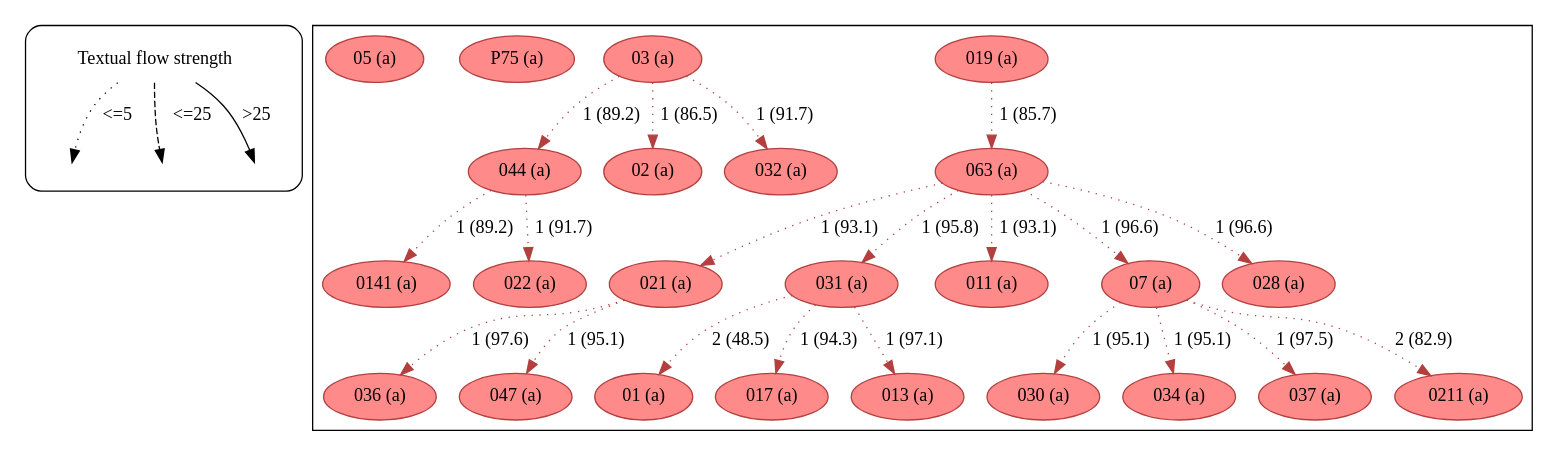
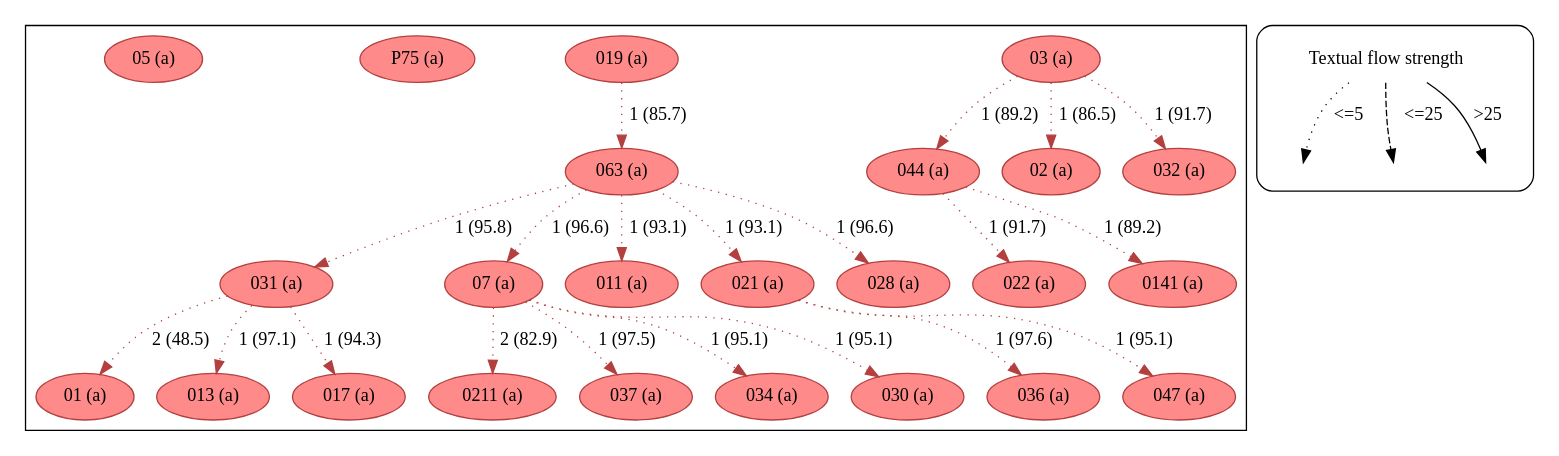
One commit to edmondac/CBGM changed the diagram in example/c2/textual_flow_22_10_c2_a.dot. Above: the diagram before and after it, drawn with Graphviz. The commit also changed other lines of this file and 800 other files, not shown here.

```diff
--- a/example/c2/textual_flow_22_10_c2_a.dot
+++ b/example/c2/textual_flow_22_10_c2_a.dot
@@ -1,184 +1,184 @@
 strict digraph  {
 	node [label="\N"];
+	subgraph cluster_reading {
+		031		 [color="#b43f3f",
+			fillcolor="#FF8A8A",
+			label="031 (a)",
+			style=filled];
+		01		 [color="#b43f3f",
+			fillcolor="#FF8A8A",
+			label="01 (a)",
+			style=filled];
+		031 -> 01		 [color="#b43f3f",
+			label="2 (48.5)",
+			style=dotted];
+		013		 [color="#b43f3f",
+			fillcolor="#FF8A8A",
+			label="013 (a)",
+			style=filled];
+		031 -> 013		 [color="#b43f3f",
+			label="1 (97.1)",
+			style=dotted];
+		017		 [color="#b43f3f",
+			fillcolor="#FF8A8A",
+			label="017 (a)",
+			style=filled];
+		031 -> 017		 [color="#b43f3f",
+			label="1 (94.3)",
+			style=dotted];
+		044		 [color="#b43f3f",
+			fillcolor="#FF8A8A",
+			label="044 (a)",
+			style=filled];
+		022		 [color="#b43f3f",
+			fillcolor="#FF8A8A",
+			label="022 (a)",
+			style=filled];
+		044 -> 022		 [color="#b43f3f",
+			label="1 (91.7)",
+			style=dotted];
+		0141		 [color="#b43f3f",
+			fillcolor="#FF8A8A",
+			label="0141 (a)",
+			style=filled];
+		044 -> 0141		 [color="#b43f3f",
+			label="1 (89.2)",
+			style=dotted];
+		03		 [color="#b43f3f",
+			fillcolor="#FF8A8A",
+			label="03 (a)",
+			style=filled];
+		03 -> 044		 [color="#b43f3f",
+			label="1 (89.2)",
+			style=dotted];
+		02		 [color="#b43f3f",
+			fillcolor="#FF8A8A",
+			label="02 (a)",
+			style=filled];
+		03 -> 02		 [color="#b43f3f",
+			label="1 (86.5)",
+			style=dotted];
+		032		 [color="#b43f3f",
+			fillcolor="#FF8A8A",
+			label="032 (a)",
+			style=filled];
+		03 -> 032		 [color="#b43f3f",
+			label="1 (91.7)",
+			style=dotted];
+		063		 [color="#b43f3f",
+			fillcolor="#FF8A8A",
+			label="063 (a)",
+			style=filled];
+		063 -> 031		 [color="#b43f3f",
+			label="1 (95.8)",
+			style=dotted];
+		07		 [color="#b43f3f",
+			fillcolor="#FF8A8A",
+			label="07 (a)",
+			style=filled];
+		063 -> 07		 [color="#b43f3f",
+			label="1 (96.6)",
+			style=dotted];
+		011		 [color="#b43f3f",
+			fillcolor="#FF8A8A",
+			label="011 (a)",
+			style=filled];
+		063 -> 011		 [color="#b43f3f",
+			label="1 (93.1)",
+			style=dotted];
+		021		 [color="#b43f3f",
+			fillcolor="#FF8A8A",
+			label="021 (a)",
+			style=filled];
+		063 -> 021		 [color="#b43f3f",
+			label="1 (93.1)",
+			style=dotted];
+		028		 [color="#b43f3f",
+			fillcolor="#FF8A8A",
+			label="028 (a)",
+			style=filled];
+		063 -> 028		 [color="#b43f3f",
+			label="1 (96.6)",
+			style=dotted];
+		019		 [color="#b43f3f",
+			fillcolor="#FF8A8A",
+			label="019 (a)",
+			style=filled];
+		019 -> 063		 [color="#b43f3f",
+			label="1 (85.7)",
+			style=dotted];
+		0211		 [color="#b43f3f",
+			fillcolor="#FF8A8A",
+			label="0211 (a)",
+			style=filled];
+		07 -> 0211		 [color="#b43f3f",
+			label="2 (82.9)",
+			style=dotted];
+		037		 [color="#b43f3f",
+			fillcolor="#FF8A8A",
+			label="037 (a)",
+			style=filled];
+		07 -> 037		 [color="#b43f3f",
+			label="1 (97.5)",
+			style=dotted];
+		034		 [color="#b43f3f",
+			fillcolor="#FF8A8A",
+			label="034 (a)",
+			style=filled];
+		07 -> 034		 [color="#b43f3f",
+			label="1 (95.1)",
+			style=dotted];
+		030		 [color="#b43f3f",
+			fillcolor="#FF8A8A",
+			label="030 (a)",
+			style=filled];
+		07 -> 030		 [color="#b43f3f",
+			label="1 (95.1)",
+			style=dotted];
+		036		 [color="#b43f3f",
+			fillcolor="#FF8A8A",
+			label="036 (a)",
+			style=filled];
+		021 -> 036		 [color="#b43f3f",
+			label="1 (97.6)",
+			style=dotted];
+		047		 [color="#b43f3f",
+			fillcolor="#FF8A8A",
+			label="047 (a)",
+			style=filled];
+		021 -> 047		 [color="#b43f3f",
+			label="1 (95.1)",
+			style=dotted];
+		P75		 [color="#b43f3f",
+			fillcolor="#FF8A8A",
+			label="P75 (a)",
+			style=filled];
+		05		 [color="#b43f3f",
+			fillcolor="#FF8A8A",
+			label="05 (a)",
+			style=filled];
+	}
 	subgraph cluster_legend {
 		graph [style=rounded];
 		leg_s		 [label="Textual flow strength",
 			shape=plaintext];
 		leg_e1		 [fixedsize=True,
 			height=0.2,
 			label="",
 			style=invis];
 		leg_s -> leg_e1		 [label="<=5  ",
 			style=dotted];
 		leg_e2		 [fixedsize=True,
 			height=0.2,
 			label="",
 			style=invis];
 		leg_s -> leg_e2		 [label="  <=25",
 			style=dashed];
 		leg_e3		 [fixedsize=True,
 			height=0.2,
 			label="",
 			style=invis];
 		leg_s -> leg_e3		 [label=">25",
 			style=solid];
 	}
-	subgraph cluster_reading {
-		021		 [color="#b43f3f",
-			fillcolor="#FF8A8A",
-			label="021 (a)",
-			style=filled];
-		036		 [color="#b43f3f",
-			fillcolor="#FF8A8A",
-			label="036 (a)",
-			style=filled];
-		021 -> 036		 [color="#b43f3f",
-			label="1 (97.6)",
-			style=dotted];
-		047		 [color="#b43f3f",
-			fillcolor="#FF8A8A",
-			label="047 (a)",
-			style=filled];
-		021 -> 047		 [color="#b43f3f",
-			label="1 (95.1)",
-			style=dotted];
-		031		 [color="#b43f3f",
-			fillcolor="#FF8A8A",
-			label="031 (a)",
-			style=filled];
-		01		 [color="#b43f3f",
-			fillcolor="#FF8A8A",
-			label="01 (a)",
-			style=filled];
-		031 -> 01		 [color="#b43f3f",
-			label="2 (48.5)",
-			style=dotted];
-		017		 [color="#b43f3f",
-			fillcolor="#FF8A8A",
-			label="017 (a)",
-			style=filled];
-		031 -> 017		 [color="#b43f3f",
-			label="1 (94.3)",
-			style=dotted];
-		013		 [color="#b43f3f",
-			fillcolor="#FF8A8A",
-			label="013 (a)",
-			style=filled];
-		031 -> 013		 [color="#b43f3f",
-			label="1 (97.1)",
-			style=dotted];
-		063		 [color="#b43f3f",
-			fillcolor="#FF8A8A",
-			label="063 (a)",
-			style=filled];
-		063 -> 021		 [color="#b43f3f",
-			label="1 (93.1)",
-			style=dotted];
-		063 -> 031		 [color="#b43f3f",
-			label="1 (95.8)",
-			style=dotted];
-		011		 [color="#b43f3f",
-			fillcolor="#FF8A8A",
-			label="011 (a)",
-			style=filled];
-		063 -> 011		 [color="#b43f3f",
-			label="1 (93.1)",
-			style=dotted];
-		07		 [color="#b43f3f",
-			fillcolor="#FF8A8A",
-			label="07 (a)",
-			style=filled];
-		063 -> 07		 [color="#b43f3f",
-			label="1 (96.6)",
-			style=dotted];
-		028		 [color="#b43f3f",
-			fillcolor="#FF8A8A",
-			label="028 (a)",
-			style=filled];
-		063 -> 028		 [color="#b43f3f",
-			label="1 (96.6)",
-			style=dotted];
-		019		 [color="#b43f3f",
-			fillcolor="#FF8A8A",
-			label="019 (a)",
-			style=filled];
-		019 -> 063		 [color="#b43f3f",
-			label="1 (85.7)",
-			style=dotted];
-		030		 [color="#b43f3f",
-			fillcolor="#FF8A8A",
-			label="030 (a)",
-			style=filled];
-		07 -> 030		 [color="#b43f3f",
-			label="1 (95.1)",
-			style=dotted];
-		034		 [color="#b43f3f",
-			fillcolor="#FF8A8A",
-			label="034 (a)",
-			style=filled];
-		07 -> 034		 [color="#b43f3f",
-			label="1 (95.1)",
-			style=dotted];
-		037		 [color="#b43f3f",
-			fillcolor="#FF8A8A",
-			label="037 (a)",
-			style=filled];
-		07 -> 037		 [color="#b43f3f",
-			label="1 (97.5)",
-			style=dotted];
-		0211		 [color="#b43f3f",
-			fillcolor="#FF8A8A",
-			label="0211 (a)",
-			style=filled];
-		07 -> 0211		 [color="#b43f3f",
-			label="2 (82.9)",
-			style=dotted];
-		03		 [color="#b43f3f",
-			fillcolor="#FF8A8A",
-			label="03 (a)",
-			style=filled];
-		044		 [color="#b43f3f",
-			fillcolor="#FF8A8A",
-			label="044 (a)",
-			style=filled];
-		03 -> 044		 [color="#b43f3f",
-			label="1 (89.2)",
-			style=dotted];
-		02		 [color="#b43f3f",
-			fillcolor="#FF8A8A",
-			label="02 (a)",
-			style=filled];
-		03 -> 02		 [color="#b43f3f",
-			label="1 (86.5)",
-			style=dotted];
-		032		 [color="#b43f3f",
-			fillcolor="#FF8A8A",
-			label="032 (a)",
-			style=filled];
-		03 -> 032		 [color="#b43f3f",
-			label="1 (91.7)",
-			style=dotted];
-		0141		 [color="#b43f3f",
-			fillcolor="#FF8A8A",
-			label="0141 (a)",
-			style=filled];
-		044 -> 0141		 [color="#b43f3f",
-			label="1 (89.2)",
-			style=dotted];
-		022		 [color="#b43f3f",
-			fillcolor="#FF8A8A",
-			label="022 (a)",
-			style=filled];
-		044 -> 022		 [color="#b43f3f",
-			label="1 (91.7)",
-			style=dotted];
-		P75		 [color="#b43f3f",
-			fillcolor="#FF8A8A",
-			label="P75 (a)",
-			style=filled];
-		05		 [color="#b43f3f",
-			fillcolor="#FF8A8A",
-			label="05 (a)",
-			style=filled];
-	}
 }
```
